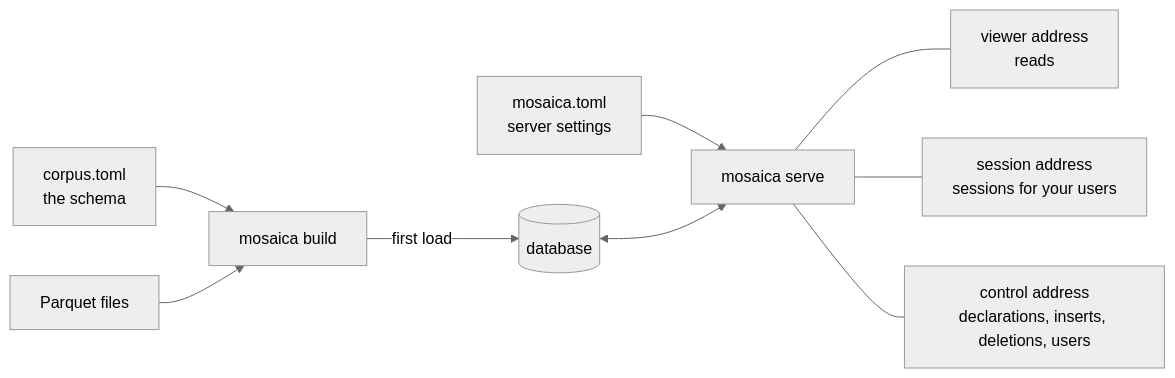
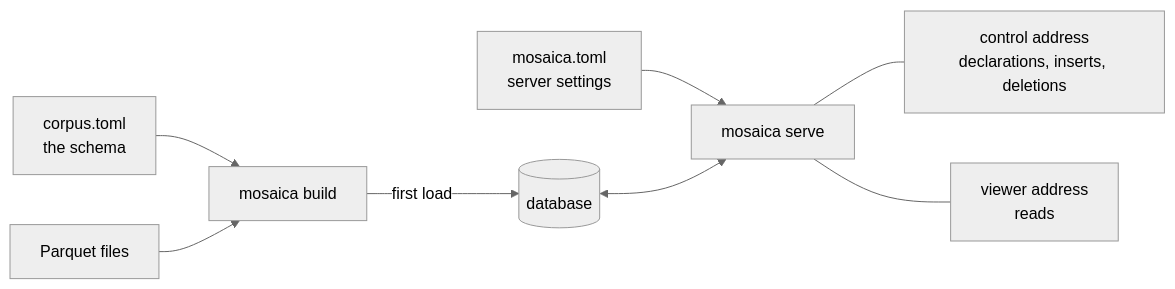
Before and after one commit to mosaicadb/mosaica: the diagram in docs/start/install.md, drawn with Mermaid (neutral theme). The commit also changed other lines of this file, not shown here.

````diff
--- a/docs/start/install.md
+++ b/docs/start/install.md
@@ -54,11 +51,10 @@
 ```mermaid
 flowchart LR
   schema["corpus.toml<br/>the schema"] --> build["mosaica build"]
   files["Parquet files"] --> build
   build -->|first load| db[("database")]
   settings["mosaica.toml<br/>server settings"] --> serve["mosaica serve"]
   db <--> serve
+  serve --- control["control address<br/>declarations, inserts, deletions"]
   serve --- viewer["viewer address<br/>reads"]
-  serve --- session["session address<br/>sessions for your users"]
-  serve --- control["control address<br/>declarations, inserts, deletions, users"]
 ```
````
